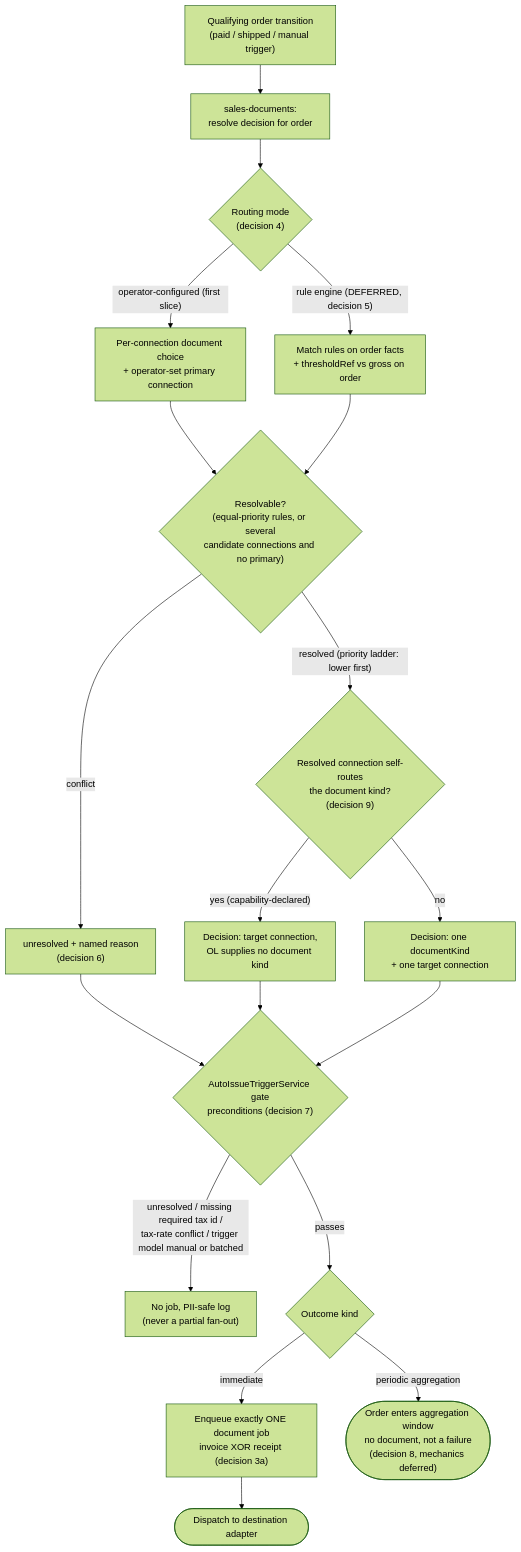
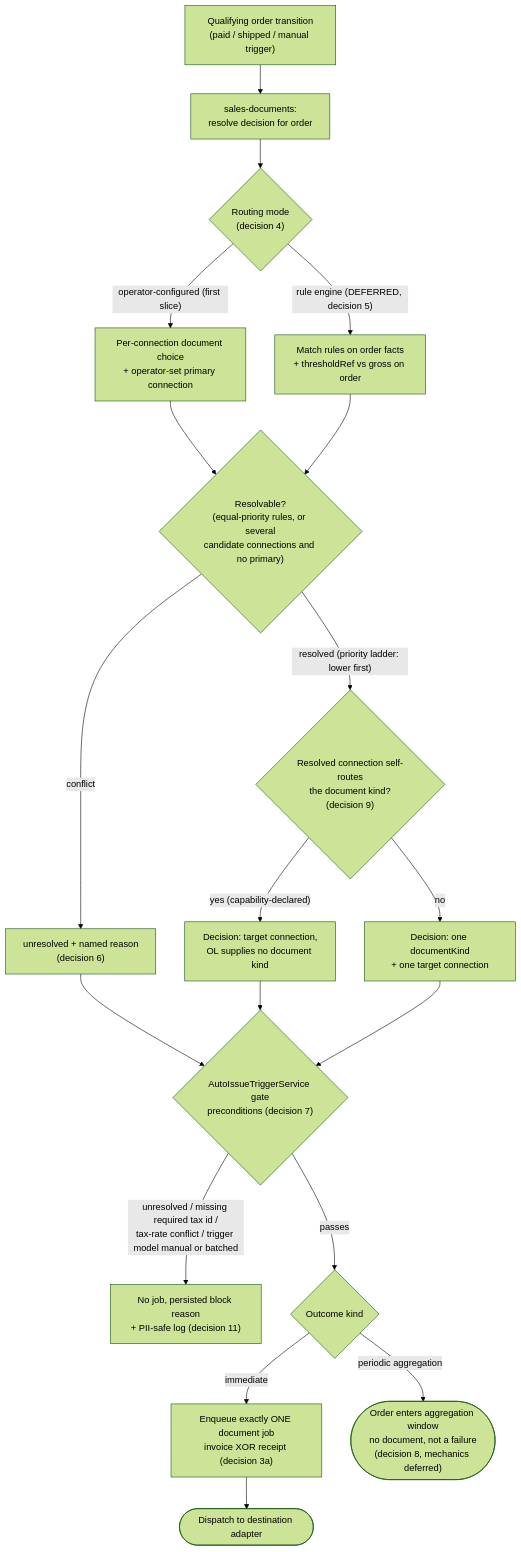
Before and after one commit to openlinker-project/openlinker: the diagram in docs/architecture/adrs/041-sales-document-routing-policy.md, drawn with Mermaid (forest theme). The commit also changed other lines of this file and 1 other file, not shown here.

First line of the commit message:
docs(adr): define SalesDocumentKind and persist every block reason (ADR-041)

````diff
--- a/docs/architecture/adrs/041-sales-document-routing-policy.md
+++ b/docs/architecture/adrs/041-sales-document-routing-policy.md
@@ -81,37 +119,37 @@
 ```mermaid
 flowchart TD
     T["Qualifying order transition<br/>(paid / shipped / manual trigger)"]
     RES["sales-documents:<br/>resolve decision for order"]
     MODE{"Routing mode<br/>(decision 4)"}
     PICK["Per-connection document choice<br/>+ operator-set primary connection"]
     MATCH["Match rules on order facts<br/>+ thresholdRef vs gross on order"]
     CONF{"Resolvable?<br/>(equal-priority rules, or several<br/>candidate connections and no primary)"}
     UNRES["unresolved + named reason<br/>(decision 6)"]
     SR{"Resolved connection self-routes<br/>the document kind?<br/>(decision 9)"}
     DECS["Decision: target connection,<br/>OL supplies no document kind"]
     DEC["Decision: one documentKind<br/>+ one target connection"]
     GATE{"AutoIssueTriggerService gate<br/>preconditions (decision 7)"}
-    BLOCK["No job, PII-safe log<br/>(never a partial fan-out)"]
+    BLOCK["No job, persisted block reason<br/>+ PII-safe log (decision 11)"]
     OUT{"Outcome kind"}
     ISSUE["Enqueue exactly ONE document job<br/>invoice XOR receipt (decision 3a)"]
     AGG(["Order enters aggregation window<br/>no document, not a failure<br/>(decision 8, mechanics deferred)"])
     D(["Dispatch to destination adapter"])
 
     T --> RES --> MODE
     MODE -->|"operator-configured (first slice)"| PICK
     MODE -->|"rule engine (DEFERRED, decision 5)"| MATCH
     PICK --> CONF
     MATCH --> CONF
     CONF -->|conflict| UNRES
     CONF -->|"resolved (priority ladder: lower first)"| SR
     SR -->|"yes (capability-declared)"| DECS
     SR -->|no| DEC
     UNRES --> GATE
     DECS --> GATE
     DEC --> GATE
     GATE -->|"unresolved / missing required tax id /<br/>tax-rate conflict / trigger model manual or batched"| BLOCK
     GATE -->|passes| OUT
     OUT -->|immediate| ISSUE
     OUT -->|"periodic aggregation"| AGG
     ISSUE --> D
 ```
````
